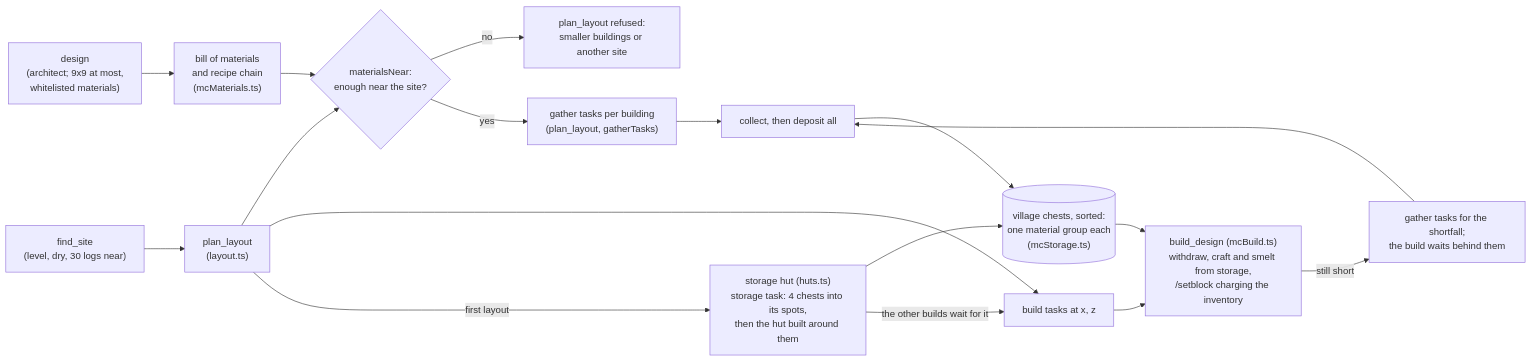
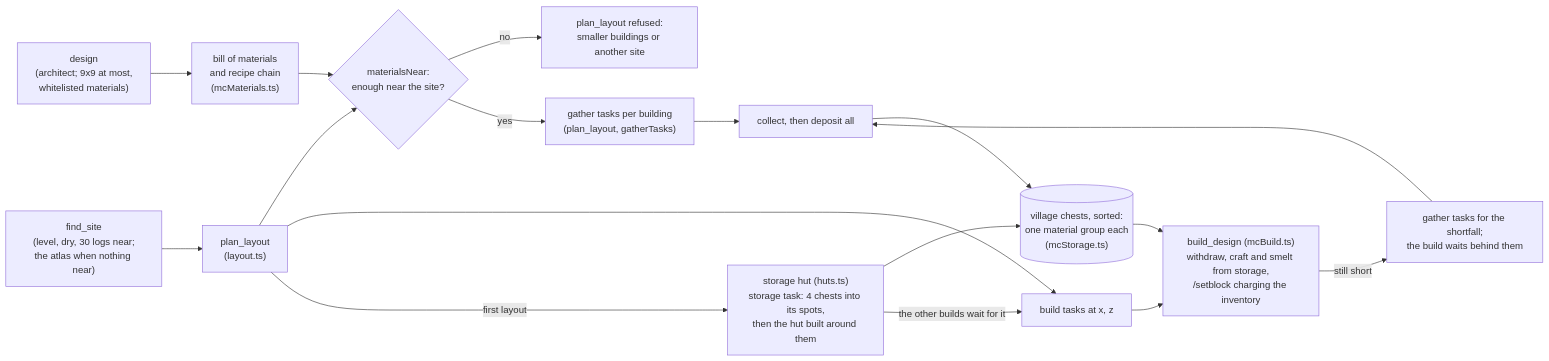
Before and after one commit to delphium226/MCAISandbox: diagram 12 of 13 in docs/ARCHITECTURE.md, drawn with Mermaid. The commit also changed other lines of this file and 3 other files, not shown here.

````diff
--- a/docs/ARCHITECTURE.md
+++ b/docs/ARCHITECTURE.md
@@ -526,19 +537,19 @@
 ```mermaid
 flowchart LR
-  site["find_site<br/>(level, dry, 30 logs near)"] --> layout
+  site["find_site<br/>(level, dry, 30 logs near;<br/>the atlas when nothing near)"] --> layout
   design["design<br/>(architect; 9x9 at most,<br/>whitelisted materials)"] --> bom["bill of materials<br/>and recipe chain<br/>(mcMaterials.ts)"]
   bom --> near{"materialsNear:<br/>enough near the site?"}
   near -- no --> refuse["plan_layout refused:<br/>smaller buildings or another site"]
   near -- yes --> tasks["gather tasks per building<br/>(plan_layout, gatherTasks)"]
   layout["plan_layout<br/>(layout.ts)"] --> near
   layout --> buildtask["build tasks at x, z"]
   tasks --> collect["collect, then deposit all"]
   collect --> storage[("village chests, sorted:<br/>one material group each<br/>(mcStorage.ts)")]
   layout -- "first layout" --> hut["storage hut (huts.ts)<br/>storage task: 4 chests into its spots,<br/>then the hut built around them"]
   hut --> storage
   hut -- "the other builds wait for it" --> buildtask
   storage --> build["build_design (mcBuild.ts)<br/>withdraw, craft and smelt from storage,<br/>/setblock charging the inventory"]
   buildtask --> build
   build -- "still short" --> requeue["gather tasks for the shortfall;<br/>the build waits behind them"]
   requeue --> collect
 ```
````
